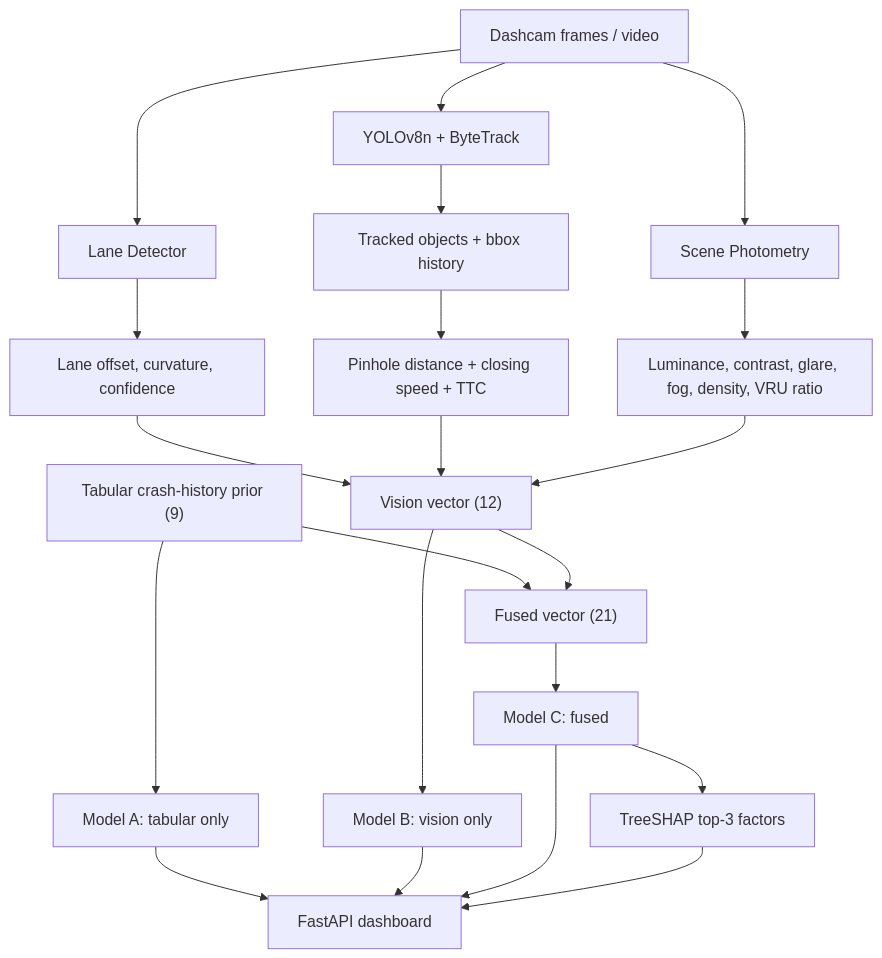
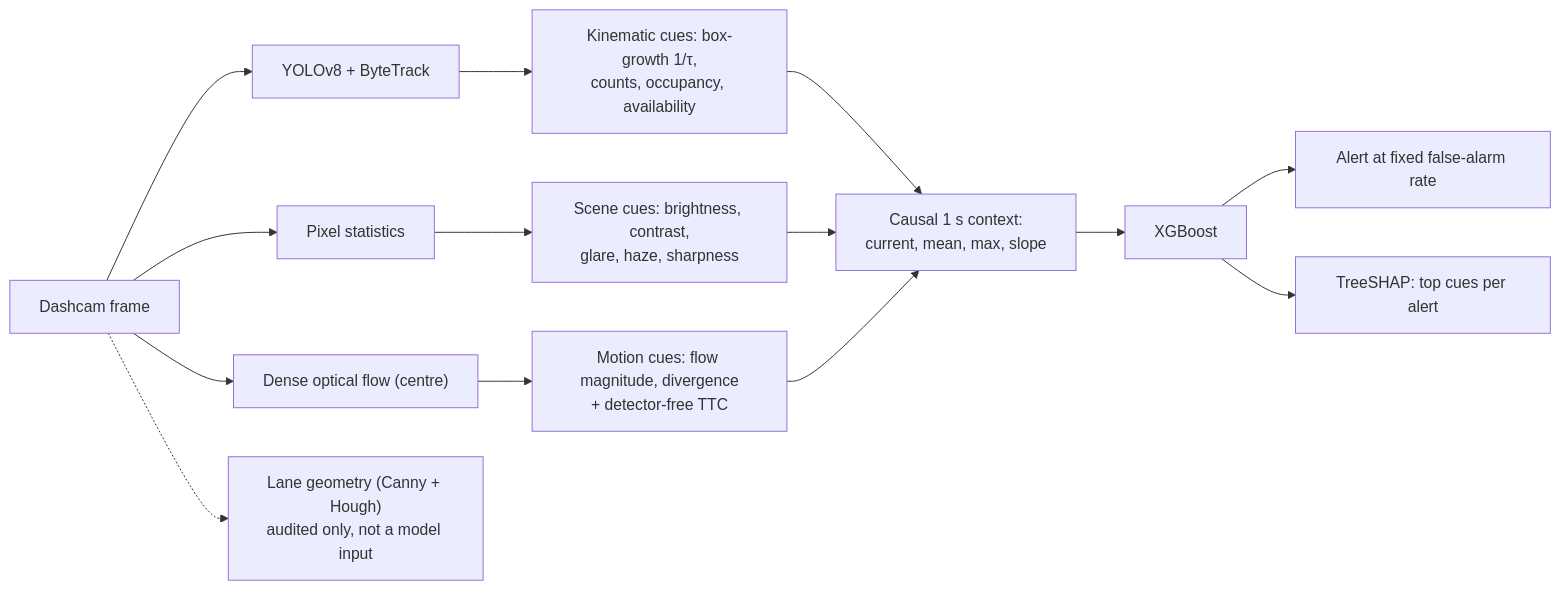
The diagram in README.md (sidii1/DriveSense), drawn with Mermaid before and after one commit. The commit also changed other lines of this file, not shown here.

````diff
--- a/README.md
+++ b/README.md
@@ -30,22 +30,14 @@
 ```mermaid
-graph TD
-    V[Dashcam frames / video] --> L[Lane Detector]
-    V --> O[YOLOv8n + ByteTrack]
-    V --> S[Scene Photometry]
-
-    L --> LF["Lane offset, curvature, confidence"]
-    O --> TR["Tracked objects + bbox history"]
-    TR --> DT["Pinhole distance + closing speed + TTC"]
-    S --> SF["Luminance, contrast, glare, fog, density, VRU ratio"]
-
-    LF & DT & SF --> VF["Vision vector (12)"]
-    TP["Tabular crash-history prior (9)"] --> FV
-    VF --> FV["Fused vector (21)"]
-
-    TP --> MA["Model A: tabular only"]
-    VF --> MB["Model B: vision only"]
-    FV --> MC["Model C: fused"]
-    MC --> SHAP["TreeSHAP top-3 factors"]
-
-    MA & MB & MC & SHAP --> UI["FastAPI dashboard"]
+graph LR
+    F["Dashcam frame"] --> D["YOLOv8 + ByteTrack"]
+    F --> P["Pixel statistics"]
+    F --> O["Dense optical flow (centre)"]
+    F -.-> L["Lane geometry (Canny + Hough)<br/>audited only, not a model input"]
+    D --> K["Kinematic cues: box-growth 1/τ,<br/>counts, occupancy, availability"]
+    P --> S["Scene cues: brightness, contrast,<br/>glare, haze, sharpness"]
+    O --> M["Motion cues: flow magnitude, divergence<br/>+ detector-free TTC"]
+    K & S & M --> C["Causal 1 s context:<br/>current, mean, max, slope"]
+    C --> X["XGBoost"]
+    X --> A["Alert at fixed false-alarm rate"]
+    X --> H["TreeSHAP: top cues per alert"]
 ```
````
